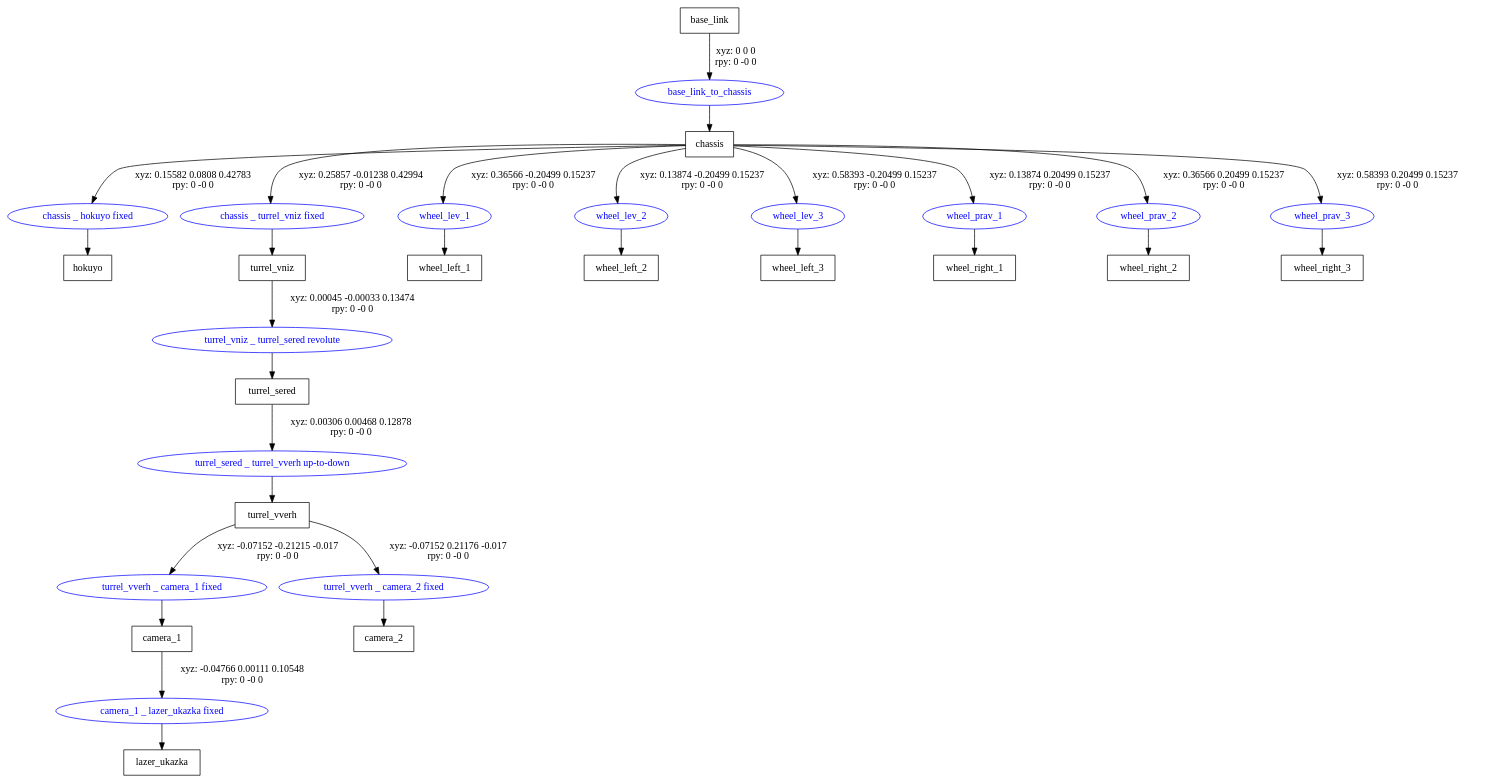
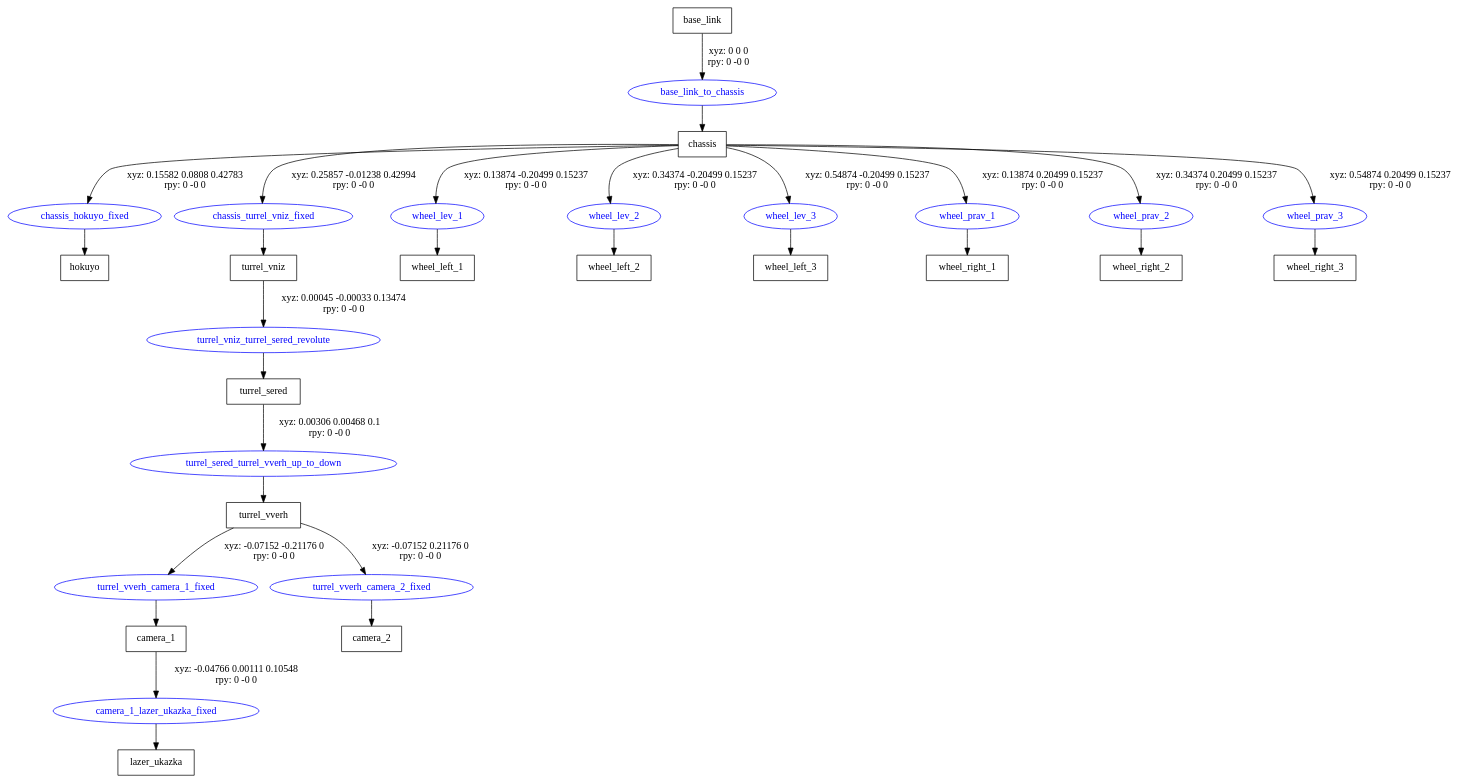
The diagram in plastun_description/urdf/MRC_Plastun.gv (Lupasic/Plastun-Gazebo-ROS-URL), drawn with Graphviz before and after one commit. The commit also changed 107 other files, not shown here.

```diff
--- a/plastun_description/urdf/MRC_Plastun.gv
+++ b/plastun_description/urdf/MRC_Plastun.gv
@@ -1,47 +1,47 @@
 digraph G {
 node [shape=box];
 "base_link" [label="base_link"];
 "chassis" [label="chassis"];
 "hokuyo" [label="hokuyo"];
 "turrel_vniz" [label="turrel_vniz"];
 "turrel_sered" [label="turrel_sered"];
 "turrel_vverh" [label="turrel_vverh"];
 "camera_1" [label="camera_1"];
 "lazer_ukazka" [label="lazer_ukazka"];
 "camera_2" [label="camera_2"];
 "wheel_left_1" [label="wheel_left_1"];
 "wheel_left_2" [label="wheel_left_2"];
 "wheel_left_3" [label="wheel_left_3"];
 "wheel_right_1" [label="wheel_right_1"];
 "wheel_right_2" [label="wheel_right_2"];
 "wheel_right_3" [label="wheel_right_3"];
 node [shape=ellipse, color=blue, fontcolor=blue];
 "base_link" -> "base_link_to_chassis" [label="xyz: 0 0 0 \nrpy: 0 -0 0"]
 "base_link_to_chassis" -> "chassis"
-"chassis" -> "chassis _ hokuyo fixed" [label="xyz: 0.15582 0.0808 0.42783 \nrpy: 0 -0 0"]
-"chassis _ hokuyo fixed" -> "hokuyo"
-"chassis" -> "chassis _ turrel_vniz fixed" [label="xyz: 0.25857 -0.01238 0.42994 \nrpy: 0 -0 0"]
-"chassis _ turrel_vniz fixed" -> "turrel_vniz"
-"turrel_vniz" -> "turrel_vniz _ turrel_sered revolute" [label="xyz: 0.00045 -0.00033 0.13474 \nrpy: 0 -0 0"]
-"turrel_vniz _ turrel_sered revolute" -> "turrel_sered"
-"turrel_sered" -> "turrel_sered _ turrel_vverh up-to-down" [label="xyz: 0.00306 0.00468 0.12878 \nrpy: 0 -0 0"]
-"turrel_sered _ turrel_vverh up-to-down" -> "turrel_vverh"
-"turrel_vverh" -> "turrel_vverh _ camera_1 fixed" [label="xyz: -0.07152 -0.21215 -0.017 \nrpy: 0 -0 0"]
-"turrel_vverh _ camera_1 fixed" -> "camera_1"
-"camera_1" -> "camera_1 _ lazer_ukazka fixed" [label="xyz: -0.04766 0.00111 0.10548 \nrpy: 0 -0 0"]
-"camera_1 _ lazer_ukazka fixed" -> "lazer_ukazka"
-"turrel_vverh" -> "turrel_vverh _ camera_2 fixed" [label="xyz: -0.07152 0.21176 -0.017 \nrpy: 0 -0 0"]
-"turrel_vverh _ camera_2 fixed" -> "camera_2"
-"chassis" -> "wheel_lev_1" [label="xyz: 0.36566 -0.20499 0.15237 \nrpy: 0 -0 0"]
+"chassis" -> "chassis_hokuyo_fixed" [label="xyz: 0.15582 0.0808 0.42783 \nrpy: 0 -0 0"]
+"chassis_hokuyo_fixed" -> "hokuyo"
+"chassis" -> "chassis_turrel_vniz_fixed" [label="xyz: 0.25857 -0.01238 0.42994 \nrpy: 0 -0 0"]
+"chassis_turrel_vniz_fixed" -> "turrel_vniz"
+"turrel_vniz" -> "turrel_vniz_turrel_sered_revolute" [label="xyz: 0.00045 -0.00033 0.13474 \nrpy: 0 -0 0"]
+"turrel_vniz_turrel_sered_revolute" -> "turrel_sered"
+"turrel_sered" -> "turrel_sered_turrel_vverh_up_to_down" [label="xyz: 0.00306 0.00468 0.1 \nrpy: 0 -0 0"]
+"turrel_sered_turrel_vverh_up_to_down" -> "turrel_vverh"
+"turrel_vverh" -> "turrel_vverh_camera_1_fixed" [label="xyz: -0.07152 -0.21176 0 \nrpy: 0 -0 0"]
+"turrel_vverh_camera_1_fixed" -> "camera_1"
+"camera_1" -> "camera_1_lazer_ukazka_fixed" [label="xyz: -0.04766 0.00111 0.10548 \nrpy: 0 -0 0"]
+"camera_1_lazer_ukazka_fixed" -> "lazer_ukazka"
+"turrel_vverh" -> "turrel_vverh_camera_2_fixed" [label="xyz: -0.07152 0.21176 0 \nrpy: 0 -0 0"]
+"turrel_vverh_camera_2_fixed" -> "camera_2"
+"chassis" -> "wheel_lev_1" [label="xyz: 0.13874 -0.20499 0.15237 \nrpy: 0 -0 0"]
 "wheel_lev_1" -> "wheel_left_1"
-"chassis" -> "wheel_lev_2" [label="xyz: 0.13874 -0.20499 0.15237 \nrpy: 0 -0 0"]
+"chassis" -> "wheel_lev_2" [label="xyz: 0.34374 -0.20499 0.15237 \nrpy: 0 -0 0"]
 "wheel_lev_2" -> "wheel_left_2"
-"chassis" -> "wheel_lev_3" [label="xyz: 0.58393 -0.20499 0.15237 \nrpy: 0 -0 0"]
+"chassis" -> "wheel_lev_3" [label="xyz: 0.54874 -0.20499 0.15237 \nrpy: 0 -0 0"]
 "wheel_lev_3" -> "wheel_left_3"
 "chassis" -> "wheel_prav_1" [label="xyz: 0.13874 0.20499 0.15237 \nrpy: 0 -0 0"]
 "wheel_prav_1" -> "wheel_right_1"
-"chassis" -> "wheel_prav_2" [label="xyz: 0.36566 0.20499 0.15237 \nrpy: 0 -0 0"]
+"chassis" -> "wheel_prav_2" [label="xyz: 0.34374 0.20499 0.15237 \nrpy: 0 -0 0"]
 "wheel_prav_2" -> "wheel_right_2"
-"chassis" -> "wheel_prav_3" [label="xyz: 0.58393 0.20499 0.15237 \nrpy: 0 -0 0"]
+"chassis" -> "wheel_prav_3" [label="xyz: 0.54874 0.20499 0.15237 \nrpy: 0 -0 0"]
 "wheel_prav_3" -> "wheel_right_3"
 }
```
